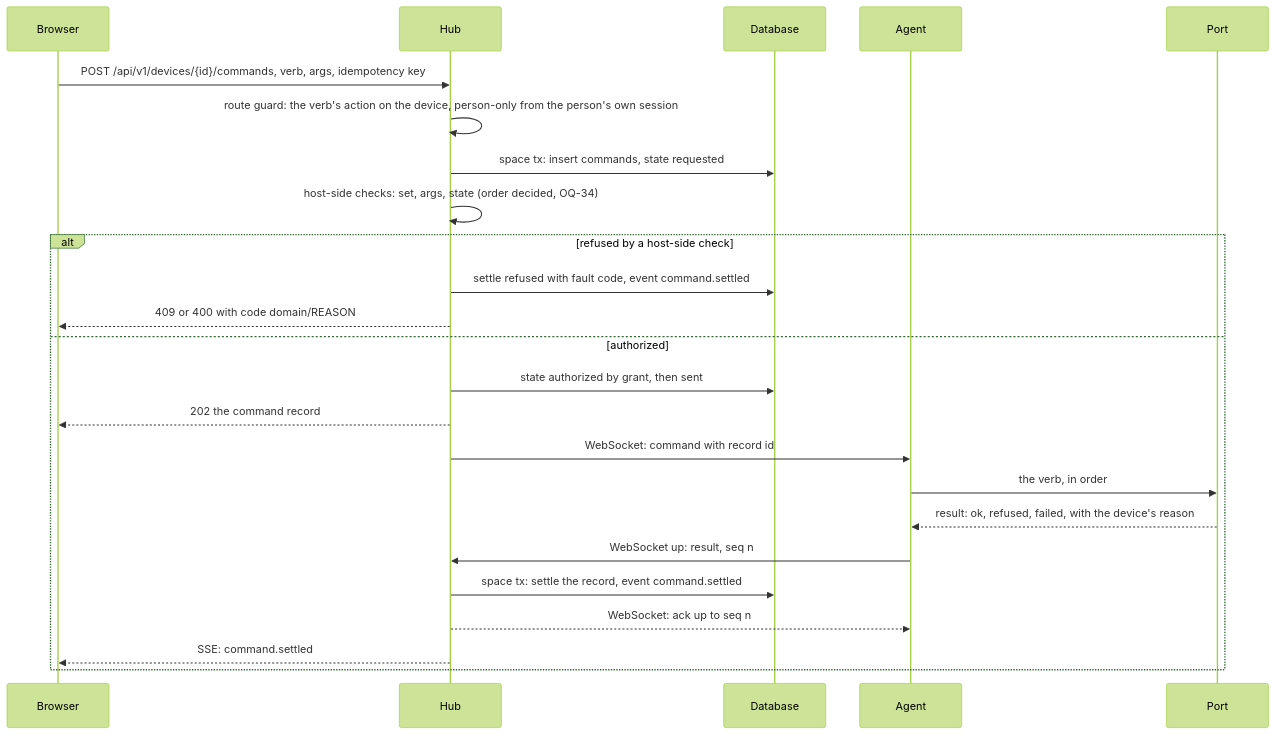
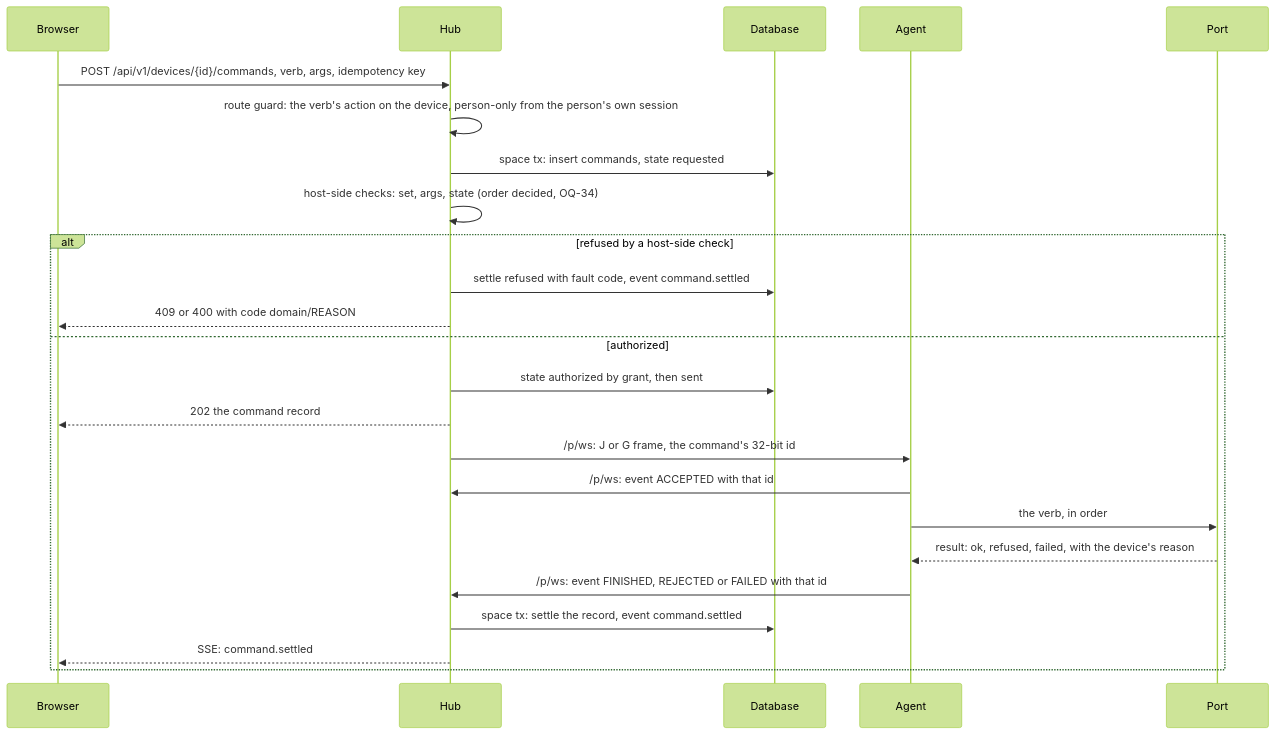
One commit to CuriousTimo/Maker-Connect changed the second of 7 diagrams in docs/design/flows.md. Above: the diagram before and after it, drawn with Mermaid (forest theme). The commit also changed other lines of this file and 12 other files, not shown here.

````diff
--- a/docs/design/flows.md
+++ b/docs/design/flows.md
@@ -54,26 +53,26 @@
 ```mermaid
 sequenceDiagram
   participant B as Browser
   participant H as Hub
   participant D as Database
   participant A as Agent
   participant X as Port
   B->>H: POST /api/v1/devices/{id}/commands, verb, args, idempotency key
   H->>H: route guard: the verb's action on the device, person-only from the person's own session
   H->>D: space tx: insert commands, state requested
   H->>H: host-side checks: set, args, state (order decided, OQ-34)
   alt refused by a host-side check
     H->>D: settle refused with fault code, event command.settled
     H-->>B: 409 or 400 with code domain/REASON
   else authorized
     H->>D: state authorized by grant, then sent
     H-->>B: 202 the command record
-    H->>A: WebSocket: command with record id
+    H->>A: /p/ws: J or G frame, the command's 32-bit id
+    A->>H: /p/ws: event ACCEPTED with that id
     A->>X: the verb, in order
     X-->>A: result: ok, refused, failed, with the device's reason
-    A->>H: WebSocket up: result, seq n
+    A->>H: /p/ws: event FINISHED, REJECTED or FAILED with that id
     H->>D: space tx: settle the record, event command.settled
-    H-->>A: WebSocket: ack up to seq n
     H-->>B: SSE: command.settled
   end
 ```
````
